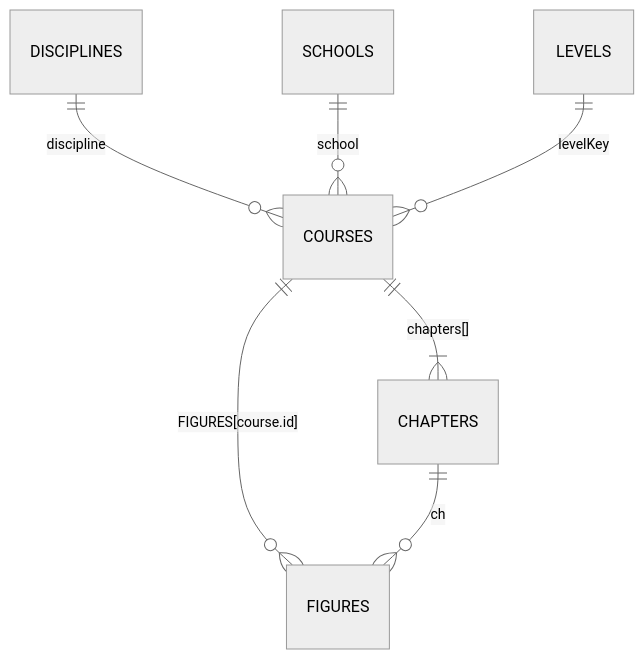
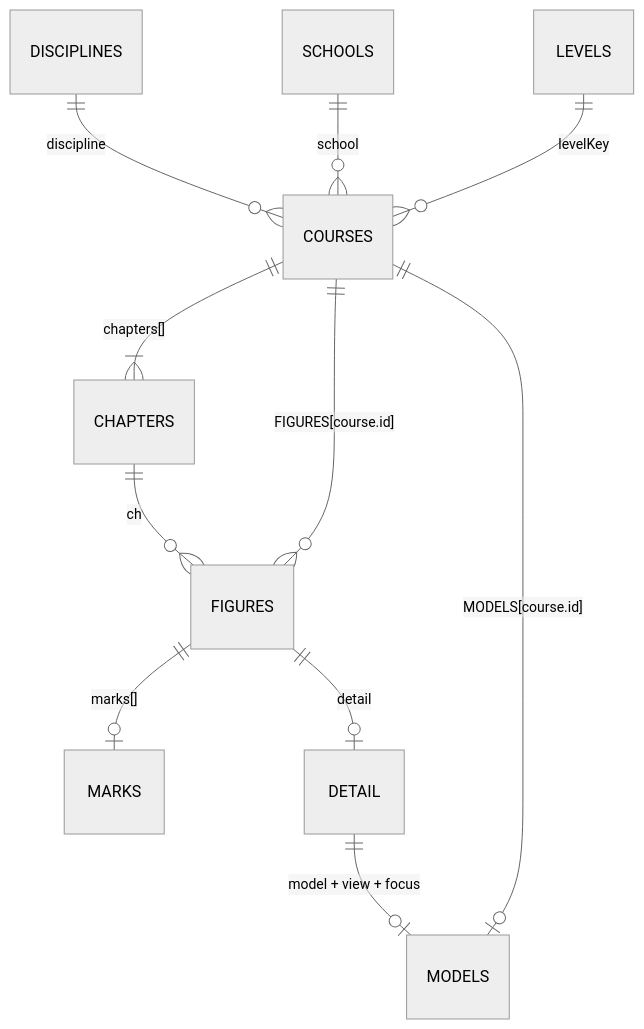
Before and after one commit to Zerlinw/MIT-Finance: the diagram in docs/data-model.md, drawn with Mermaid (neutral theme). The commit also changed other lines of this file and 32 other files, not shown here.

First line of the commit message:
feat(site): 升级 3D 图解、交互标记与金融实验室

````diff
--- a/docs/data-model.md
+++ b/docs/data-model.md
@@ -14,9 +15,13 @@
 ```mermaid
 erDiagram
   DISCIPLINES ||--o{ COURSES : "discipline"
   SCHOOLS ||--o{ COURSES : "school"
   LEVELS ||--o{ COURSES : "levelKey"
   COURSES ||--|{ CHAPTERS : "chapters[]"
   COURSES ||--o{ FIGURES : "FIGURES[course.id]"
   CHAPTERS ||--o{ FIGURES : "ch"
+  COURSES ||--o| MODELS : "MODELS[course.id]"
+  FIGURES ||--o| MARKS : "marks[]"
+  FIGURES ||--o| DETAIL : "detail"
+  DETAIL ||--o| MODELS : "model + view + focus"
 ```
````
